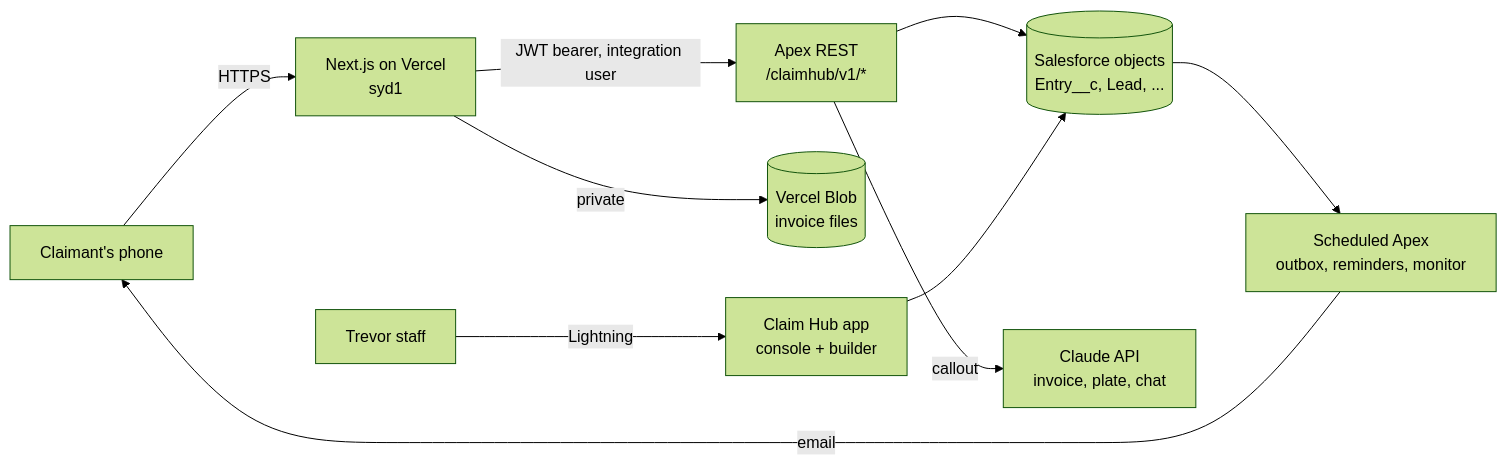
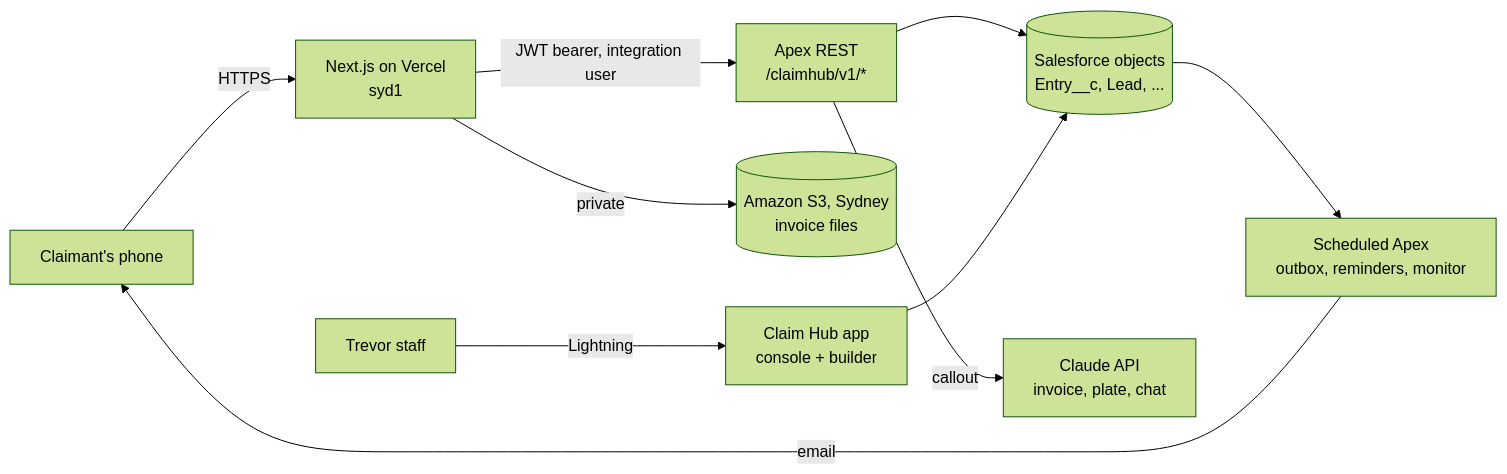
One commit to topchap01/trevor-claim-hub changed the first of 2 diagrams in docs/architecture.md. Above: the diagram before and after it, drawn with Mermaid (forest theme). The commit also changed other lines of this file and 7 other files, not shown here.

First line of the commit message:
Full audit, 1 Nov 2026: findings, roadmap gate and doc corrections

````diff
--- a/docs/architecture.md
+++ b/docs/architecture.md
@@ -5,12 +5,12 @@
 ```mermaid
 flowchart LR
   P[Claimant's phone] -->|HTTPS| V[Next.js on Vercel<br/>syd1]
   V -->|JWT bearer, integration user| A[Apex REST<br/>/claimhub/v1/*]
   A --> D[(Salesforce objects<br/>Entry__c, Lead, ...)]
   A -->|callout| C[Claude API<br/>invoice, plate, chat]
-  V -->|private| B[(Vercel Blob<br/>invoice files)]
+  V -->|private| B[(Amazon S3, Sydney<br/>invoice files)]
   S[Trevor staff] -->|Lightning| L[Claim Hub app<br/>console + builder]
   L --> D
   D --> J[Scheduled Apex<br/>outbox, reminders, monitor]
   J -->|email| P
 ```
````
